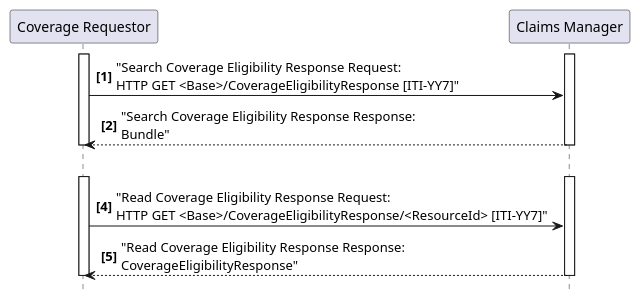
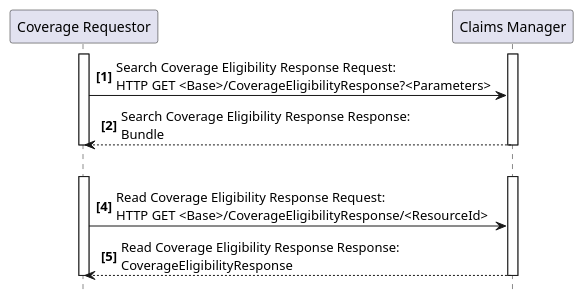
The diagram in input/images-source/ITI-YY7-seq.plantuml (IHE/ITI.Finance), drawn with PlantUML before and after one commit. The commit also changed 23 other files, not shown here.

```diff
--- a/input/images-source/ITI-YY7-seq.plantuml
+++ b/input/images-source/ITI-YY7-seq.plantuml
@@ -1,22 +1,23 @@
 @startuml
 skinparam svgDimensionStyle false
 hide footbox
 autonumber "<b>[0]"
 participant "Coverage Requestor" as Req
 participant "Claims Manager" as Man
 activate Req
 activate Man
-Req -> Man : "Search Coverage Eligibility Response Request:\nHTTP GET <Base>/CoverageEligibilityResponse [ITI-YY7]"
-Man --> Req : "Search Coverage Eligibility Response Response:\nBundle"
+
+Req -> Man : Search Coverage Eligibility Response Request:\nHTTP GET <Base>/CoverageEligibilityResponse?<Parameters>
+Man --> Req : Search Coverage Eligibility Response Response:\nBundle
 deactivate Man
 deactivate Req
 
 Req -[hidden]> Man
 activate Req
 activate Man 
-Req -> Man : "Read Coverage Eligibility Response Request:\nHTTP GET <Base>/CoverageEligibilityResponse/<ResourceId> [ITI-YY7]"
-Man --> Req : "Read Coverage Eligibility Response Response:\nCoverageEligibilityResponse"
+Req -> Man : Read Coverage Eligibility Response Request:\nHTTP GET <Base>/CoverageEligibilityResponse/<ResourceId>
+Man --> Req : Read Coverage Eligibility Response Response:\nCoverageEligibilityResponse
 deactivate Man
 deactivate Req
 
 @enduml
```
